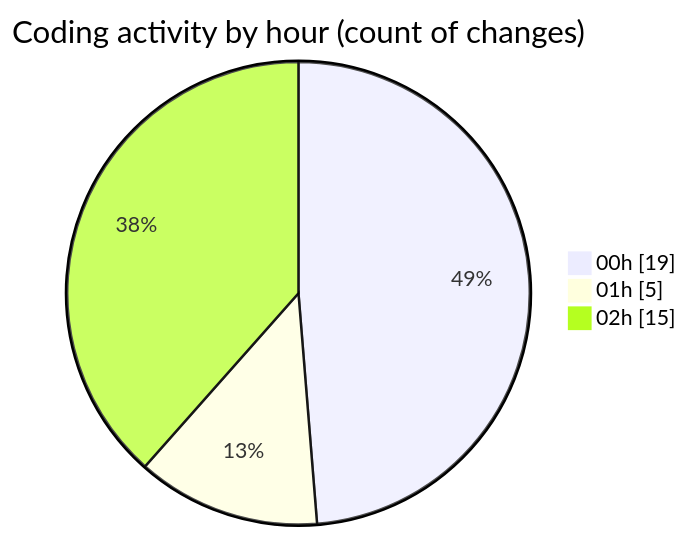
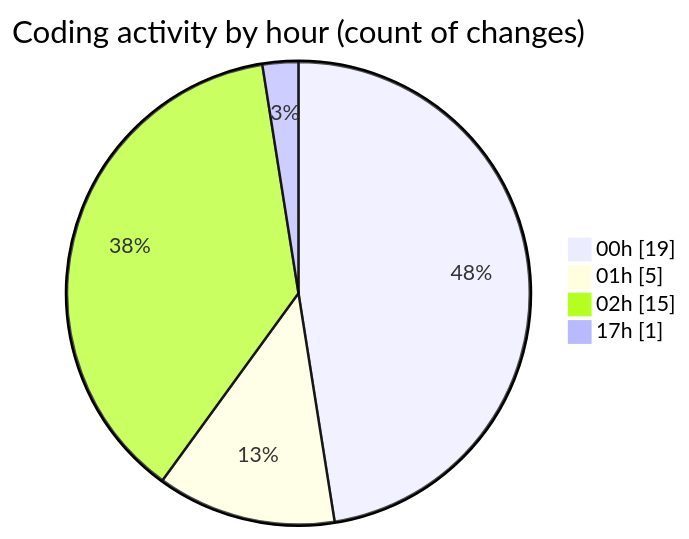
One commit to Elitesun/code-tracking changed the second of 2 diagrams in 2025-02-14/elitegpt/README.md. Above: the diagram before and after it, drawn with Mermaid. The commit also changed other lines of this file and 1 other file, not shown here.

````diff
--- a/2025-02-14/elitegpt/README.md
+++ b/2025-02-14/elitegpt/README.md
@@ -33,7 +34,8 @@
 ```mermaid
 pie showData
 title Coding activity by hour (count of changes)
 "00h" : 19
 "01h" : 5
 "02h" : 15
+"17h" : 1
 ```
````
